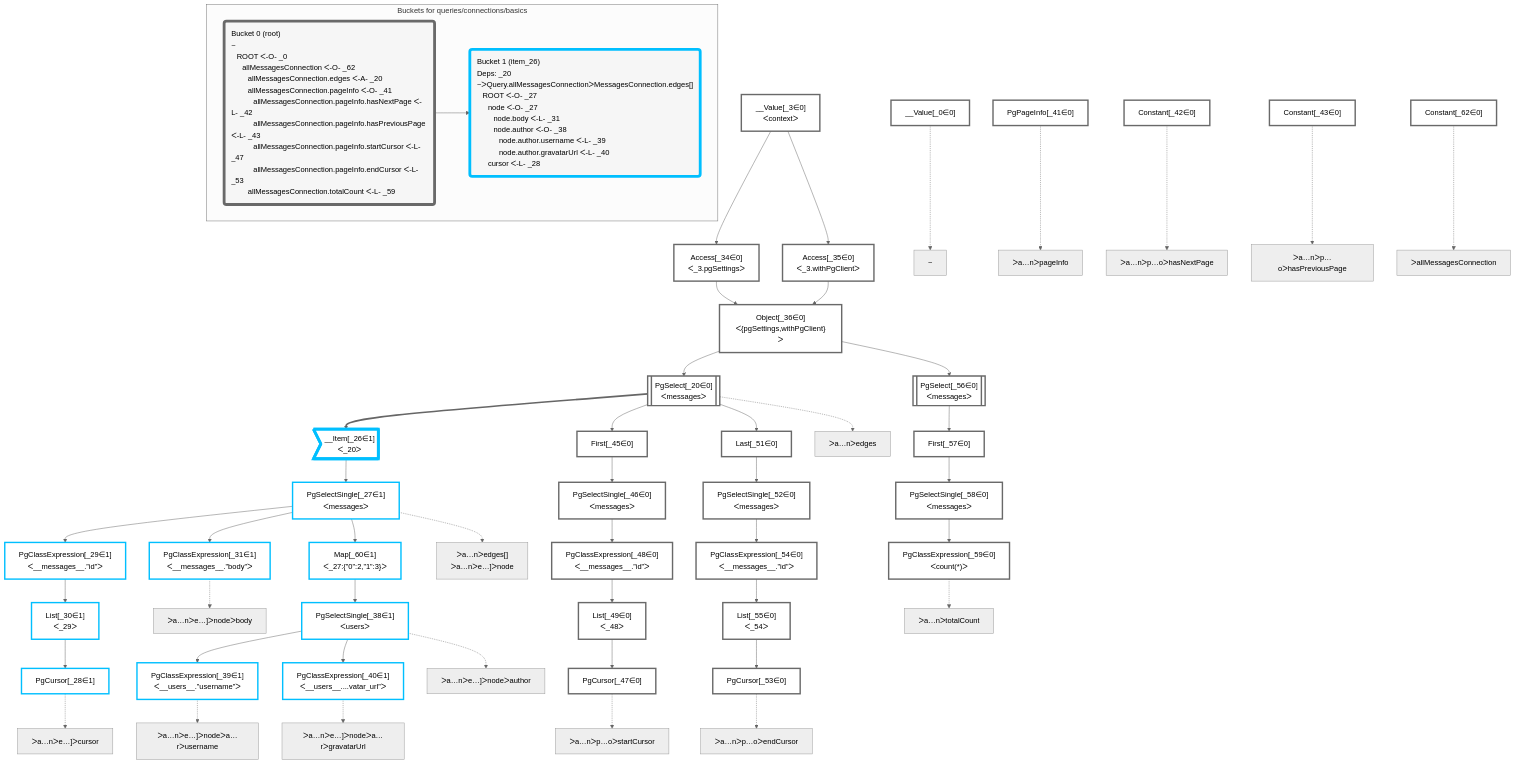
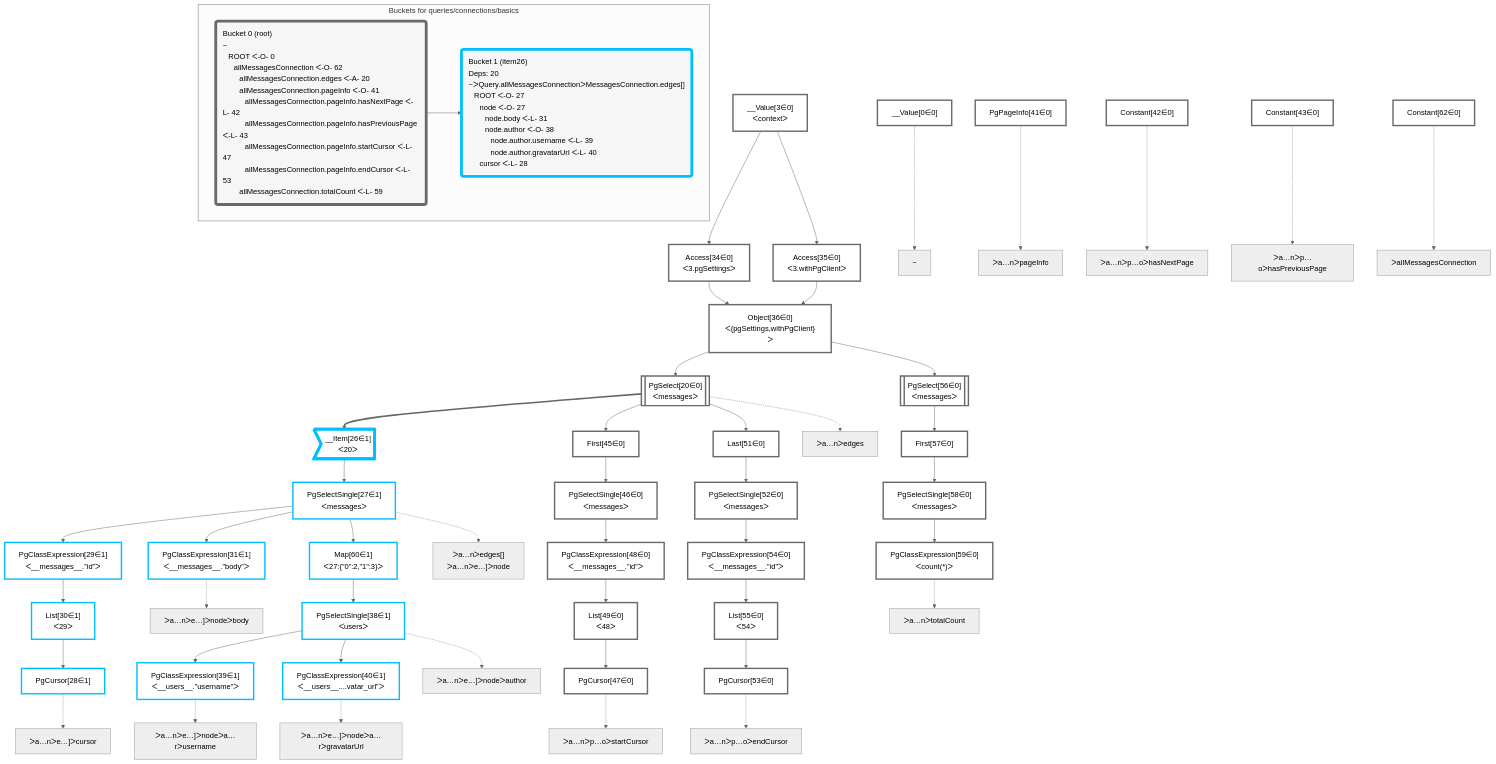
One commit to graphile/crystal changed the diagram in packages/dataplan-pg/__tests__/queries/connections/basics.mermaid.md. Above: the diagram before and after it, drawn with Mermaid (neutral theme). The commit also changed 195 other files, not shown here.

````diff
--- a/packages/dataplan-pg/__tests__/queries/connections/basics.mermaid.md
+++ b/packages/dataplan-pg/__tests__/queries/connections/basics.mermaid.md
@@ -8,110 +8,110 @@
 
 
     %% define plans
-    __Value_0["__Value[_0∈0]"]:::plan
-    PgCursor_28["PgCursor[_28∈1]"]:::plan
-    List_30["List[_30∈1]<br />ᐸ_29ᐳ"]:::plan
-    PgClassExpression_29["PgClassExpression[_29∈1]<br />ᐸ__messages__.”id”ᐳ"]:::plan
-    PgClassExpression_31["PgClassExpression[_31∈1]<br />ᐸ__messages__.”body”ᐳ"]:::plan
-    PgClassExpression_39["PgClassExpression[_39∈1]<br />ᐸ__users__.”username”ᐳ"]:::plan
-    PgClassExpression_40["PgClassExpression[_40∈1]<br />ᐸ__users__....vatar_url”ᐳ"]:::plan
-    PgSelectSingle_38["PgSelectSingle[_38∈1]<br />ᐸusersᐳ"]:::plan
-    Map_60["Map[_60∈1]<br />ᐸ_27:{”0”:2,”1”:3}ᐳ"]:::plan
-    PgSelectSingle_27["PgSelectSingle[_27∈1]<br />ᐸmessagesᐳ"]:::plan
-    __Item_26>"__Item[_26∈1]<br />ᐸ_20ᐳ"]:::itemplan
-    PgCursor_47["PgCursor[_47∈0]"]:::plan
-    List_49["List[_49∈0]<br />ᐸ_48ᐳ"]:::plan
-    PgClassExpression_48["PgClassExpression[_48∈0]<br />ᐸ__messages__.”id”ᐳ"]:::plan
-    PgSelectSingle_46["PgSelectSingle[_46∈0]<br />ᐸmessagesᐳ"]:::plan
-    First_45["First[_45∈0]"]:::plan
-    PgCursor_53["PgCursor[_53∈0]"]:::plan
-    List_55["List[_55∈0]<br />ᐸ_54ᐳ"]:::plan
-    PgClassExpression_54["PgClassExpression[_54∈0]<br />ᐸ__messages__.”id”ᐳ"]:::plan
-    PgSelectSingle_52["PgSelectSingle[_52∈0]<br />ᐸmessagesᐳ"]:::plan
-    Last_51["Last[_51∈0]"]:::plan
-    PgSelect_20[["PgSelect[_20∈0]<br />ᐸmessagesᐳ"]]:::plan
-    PgClassExpression_59["PgClassExpression[_59∈0]<br />ᐸcount(*)ᐳ"]:::plan
-    PgSelectSingle_58["PgSelectSingle[_58∈0]<br />ᐸmessagesᐳ"]:::plan
-    First_57["First[_57∈0]"]:::plan
-    PgSelect_56[["PgSelect[_56∈0]<br />ᐸmessagesᐳ"]]:::plan
-    Object_36["Object[_36∈0]<br />ᐸ{pgSettings,withPgClient}ᐳ"]:::plan
-    Access_34["Access[_34∈0]<br />ᐸ_3.pgSettingsᐳ"]:::plan
-    Access_35["Access[_35∈0]<br />ᐸ_3.withPgClientᐳ"]:::plan
-    __Value_3["__Value[_3∈0]<br />ᐸcontextᐳ"]:::plan
-    Constant_62["Constant[_62∈0]"]:::plan
-    PgPageInfo_41["PgPageInfo[_41∈0]"]:::plan
-    Constant_42["Constant[_42∈0]"]:::plan
-    Constant_43["Constant[_43∈0]"]:::plan
+    __Value0["__Value[0∈0]"]:::plan
+    PgCursor28["PgCursor[28∈1]"]:::plan
+    List30["List[30∈1]<br />ᐸ29ᐳ"]:::plan
+    PgClassExpression29["PgClassExpression[29∈1]<br />ᐸ__messages__.”id”ᐳ"]:::plan
+    PgClassExpression31["PgClassExpression[31∈1]<br />ᐸ__messages__.”body”ᐳ"]:::plan
+    PgClassExpression39["PgClassExpression[39∈1]<br />ᐸ__users__.”username”ᐳ"]:::plan
+    PgClassExpression40["PgClassExpression[40∈1]<br />ᐸ__users__....vatar_url”ᐳ"]:::plan
+    PgSelectSingle38["PgSelectSingle[38∈1]<br />ᐸusersᐳ"]:::plan
+    Map60["Map[60∈1]<br />ᐸ27:{”0”:2,”1”:3}ᐳ"]:::plan
+    PgSelectSingle27["PgSelectSingle[27∈1]<br />ᐸmessagesᐳ"]:::plan
+    __Item26>"__Item[26∈1]<br />ᐸ20ᐳ"]:::itemplan
+    PgCursor47["PgCursor[47∈0]"]:::plan
+    List49["List[49∈0]<br />ᐸ48ᐳ"]:::plan
+    PgClassExpression48["PgClassExpression[48∈0]<br />ᐸ__messages__.”id”ᐳ"]:::plan
+    PgSelectSingle46["PgSelectSingle[46∈0]<br />ᐸmessagesᐳ"]:::plan
+    First45["First[45∈0]"]:::plan
+    PgCursor53["PgCursor[53∈0]"]:::plan
+    List55["List[55∈0]<br />ᐸ54ᐳ"]:::plan
+    PgClassExpression54["PgClassExpression[54∈0]<br />ᐸ__messages__.”id”ᐳ"]:::plan
+    PgSelectSingle52["PgSelectSingle[52∈0]<br />ᐸmessagesᐳ"]:::plan
+    Last51["Last[51∈0]"]:::plan
+    PgSelect20[["PgSelect[20∈0]<br />ᐸmessagesᐳ"]]:::plan
+    PgClassExpression59["PgClassExpression[59∈0]<br />ᐸcount(*)ᐳ"]:::plan
+    PgSelectSingle58["PgSelectSingle[58∈0]<br />ᐸmessagesᐳ"]:::plan
+    First57["First[57∈0]"]:::plan
+    PgSelect56[["PgSelect[56∈0]<br />ᐸmessagesᐳ"]]:::plan
+    Object36["Object[36∈0]<br />ᐸ{pgSettings,withPgClient}ᐳ"]:::plan
+    Access34["Access[34∈0]<br />ᐸ3.pgSettingsᐳ"]:::plan
+    Access35["Access[35∈0]<br />ᐸ3.withPgClientᐳ"]:::plan
+    __Value3["__Value[3∈0]<br />ᐸcontextᐳ"]:::plan
+    Constant62["Constant[62∈0]"]:::plan
+    PgPageInfo41["PgPageInfo[41∈0]"]:::plan
+    Constant42["Constant[42∈0]"]:::plan
+    Constant43["Constant[43∈0]"]:::plan
 
     %% plan dependencies
-    List_30 --> PgCursor_28
-    PgClassExpression_29 --> List_30
-    PgSelectSingle_27 --> PgClassExpression_29
-    PgSelectSingle_27 --> PgClassExpression_31
-    PgSelectSingle_38 --> PgClassExpression_39
-    PgSelectSingle_38 --> PgClassExpression_40
-    Map_60 --> PgSelectSingle_38
-    PgSelectSingle_27 --> Map_60
-    __Item_26 --> PgSelectSingle_27
-    PgSelect_20 ==> __Item_26
-    List_49 --> PgCursor_47
-    PgClassExpression_48 --> List_49
-    PgSelectSingle_46 --> PgClassExpression_48
-    First_45 --> PgSelectSingle_46
-    PgSelect_20 --> First_45
-    List_55 --> PgCursor_53
-    PgClassExpression_54 --> List_55
-    PgSelectSingle_52 --> PgClassExpression_54
-    Last_51 --> PgSelectSingle_52
-    PgSelect_20 --> Last_51
-    Object_36 --> PgSelect_20
-    PgSelectSingle_58 --> PgClassExpression_59
-    First_57 --> PgSelectSingle_58
-    PgSelect_56 --> First_57
-    Object_36 --> PgSelect_56
-    Access_34 & Access_35 --> Object_36
-    __Value_3 --> Access_34
-    __Value_3 --> Access_35
+    List30 --> PgCursor28
+    PgClassExpression29 --> List30
+    PgSelectSingle27 --> PgClassExpression29
+    PgSelectSingle27 --> PgClassExpression31
+    PgSelectSingle38 --> PgClassExpression39
+    PgSelectSingle38 --> PgClassExpression40
+    Map60 --> PgSelectSingle38
+    PgSelectSingle27 --> Map60
+    __Item26 --> PgSelectSingle27
+    PgSelect20 ==> __Item26
+    List49 --> PgCursor47
+    PgClassExpression48 --> List49
+    PgSelectSingle46 --> PgClassExpression48
+    First45 --> PgSelectSingle46
+    PgSelect20 --> First45
+    List55 --> PgCursor53
+    PgClassExpression54 --> List55
+    PgSelectSingle52 --> PgClassExpression54
+    Last51 --> PgSelectSingle52
+    PgSelect20 --> Last51
+    Object36 --> PgSelect20
+    PgSelectSingle58 --> PgClassExpression59
+    First57 --> PgSelectSingle58
+    PgSelect56 --> First57
+    Object36 --> PgSelect56
+    Access34 & Access35 --> Object36
+    __Value3 --> Access34
+    __Value3 --> Access35
 
     %% plan-to-path relationships
-    P_0["~"]
-    __Value_0 -.-> P_0
-    P_20["ᐳa…nᐳedges"]
-    PgSelect_20 -.-> P_20
-    P_27["ᐳa…nᐳedges[]<br />ᐳa…nᐳe…]ᐳnode"]
-    PgSelectSingle_27 -.-> P_27
-    P_28["ᐳa…nᐳe…]ᐳcursor"]
-    PgCursor_28 -.-> P_28
-    P_31["ᐳa…nᐳe…]ᐳnodeᐳbody"]
-    PgClassExpression_31 -.-> P_31
-    P_38["ᐳa…nᐳe…]ᐳnodeᐳauthor"]
-    PgSelectSingle_38 -.-> P_38
-    P_39["ᐳa…nᐳe…]ᐳnodeᐳa…rᐳusername"]
-    PgClassExpression_39 -.-> P_39
-    P_40["ᐳa…nᐳe…]ᐳnodeᐳa…rᐳgravatarUrl"]
-    PgClassExpression_40 -.-> P_40
-    P_41["ᐳa…nᐳpageInfo"]
-    PgPageInfo_41 -.-> P_41
-    P_42["ᐳa…nᐳp…oᐳhasNextPage"]
-    Constant_42 -.-> P_42
-    P_43["ᐳa…nᐳp…oᐳhasPreviousPage"]
-    Constant_43 -.-> P_43
-    P_47["ᐳa…nᐳp…oᐳstartCursor"]
-    PgCursor_47 -.-> P_47
-    P_53["ᐳa…nᐳp…oᐳendCursor"]
-    PgCursor_53 -.-> P_53
-    P_59["ᐳa…nᐳtotalCount"]
-    PgClassExpression_59 -.-> P_59
-    P_62["ᐳallMessagesConnection"]
-    Constant_62 -.-> P_62
+    P0["~"]
+    __Value0 -.-> P0
+    P20["ᐳa…nᐳedges"]
+    PgSelect20 -.-> P20
+    P27["ᐳa…nᐳedges[]<br />ᐳa…nᐳe…]ᐳnode"]
+    PgSelectSingle27 -.-> P27
+    P28["ᐳa…nᐳe…]ᐳcursor"]
+    PgCursor28 -.-> P28
+    P31["ᐳa…nᐳe…]ᐳnodeᐳbody"]
+    PgClassExpression31 -.-> P31
+    P38["ᐳa…nᐳe…]ᐳnodeᐳauthor"]
+    PgSelectSingle38 -.-> P38
+    P39["ᐳa…nᐳe…]ᐳnodeᐳa…rᐳusername"]
+    PgClassExpression39 -.-> P39
+    P40["ᐳa…nᐳe…]ᐳnodeᐳa…rᐳgravatarUrl"]
+    PgClassExpression40 -.-> P40
+    P41["ᐳa…nᐳpageInfo"]
+    PgPageInfo41 -.-> P41
+    P42["ᐳa…nᐳp…oᐳhasNextPage"]
+    Constant42 -.-> P42
+    P43["ᐳa…nᐳp…oᐳhasPreviousPage"]
+    Constant43 -.-> P43
+    P47["ᐳa…nᐳp…oᐳstartCursor"]
+    PgCursor47 -.-> P47
+    P53["ᐳa…nᐳp…oᐳendCursor"]
+    PgCursor53 -.-> P53
+    P59["ᐳa…nᐳtotalCount"]
+    PgClassExpression59 -.-> P59
+    P62["ᐳallMessagesConnection"]
+    Constant62 -.-> P62
 
     subgraph "Buckets for queries/connections/basics"
-    Bucket0("Bucket 0 (root)<br />~<br />⠀ROOT ᐸ-O- _0<br />⠀⠀allMessagesConnection ᐸ-O- _62<br />⠀⠀⠀allMessagesConnection.edges ᐸ-A- _20<br />⠀⠀⠀allMessagesConnection.pageInfo ᐸ-O- _41<br />⠀⠀⠀⠀allMessagesConnection.pageInfo.hasNextPage ᐸ-L- _42<br />⠀⠀⠀⠀allMessagesConnection.pageInfo.hasPreviousPage ᐸ-L- _43<br />⠀⠀⠀⠀allMessagesConnection.pageInfo.startCursor ᐸ-L- _47<br />⠀⠀⠀⠀allMessagesConnection.pageInfo.endCursor ᐸ-L- _53<br />⠀⠀⠀allMessagesConnection.totalCount ᐸ-L- _59"):::bucket
+    Bucket0("Bucket 0 (root)<br />~<br />⠀ROOT ᐸ-O- 0<br />⠀⠀allMessagesConnection ᐸ-O- 62<br />⠀⠀⠀allMessagesConnection.edges ᐸ-A- 20<br />⠀⠀⠀allMessagesConnection.pageInfo ᐸ-O- 41<br />⠀⠀⠀⠀allMessagesConnection.pageInfo.hasNextPage ᐸ-L- 42<br />⠀⠀⠀⠀allMessagesConnection.pageInfo.hasPreviousPage ᐸ-L- 43<br />⠀⠀⠀⠀allMessagesConnection.pageInfo.startCursor ᐸ-L- 47<br />⠀⠀⠀⠀allMessagesConnection.pageInfo.endCursor ᐸ-L- 53<br />⠀⠀⠀allMessagesConnection.totalCount ᐸ-L- 59"):::bucket
     classDef bucket0 stroke:#696969
-    class Bucket0,__Value_0,__Value_3,PgSelect_20,Access_34,Access_35,Object_36,PgPageInfo_41,Constant_42,Constant_43,First_45,PgSelectSingle_46,PgCursor_47,PgClassExpression_48,List_49,Last_51,PgSelectSingle_52,PgCursor_53,PgClassExpression_54,List_55,PgSelect_56,First_57,PgSelectSingle_58,PgClassExpression_59,Constant_62 bucket0
-    Bucket1("Bucket 1 (item_26)<br />Deps: _20<br />~ᐳQuery.allMessagesConnectionᐳMessagesConnection.edges[]<br />⠀ROOT ᐸ-O- _27<br />⠀⠀node ᐸ-O- _27<br />⠀⠀⠀node.body ᐸ-L- _31<br />⠀⠀⠀node.author ᐸ-O- _38<br />⠀⠀⠀⠀node.author.username ᐸ-L- _39<br />⠀⠀⠀⠀node.author.gravatarUrl ᐸ-L- _40<br />⠀⠀cursor ᐸ-L- _28"):::bucket
+    class Bucket0,__Value0,__Value3,PgSelect20,Access34,Access35,Object36,PgPageInfo41,Constant42,Constant43,First45,PgSelectSingle46,PgCursor47,PgClassExpression48,List49,Last51,PgSelectSingle52,PgCursor53,PgClassExpression54,List55,PgSelect56,First57,PgSelectSingle58,PgClassExpression59,Constant62 bucket0
+    Bucket1("Bucket 1 (item26)<br />Deps: 20<br />~ᐳQuery.allMessagesConnectionᐳMessagesConnection.edges[]<br />⠀ROOT ᐸ-O- 27<br />⠀⠀node ᐸ-O- 27<br />⠀⠀⠀node.body ᐸ-L- 31<br />⠀⠀⠀node.author ᐸ-O- 38<br />⠀⠀⠀⠀node.author.username ᐸ-L- 39<br />⠀⠀⠀⠀node.author.gravatarUrl ᐸ-L- 40<br />⠀⠀cursor ᐸ-L- 28"):::bucket
     classDef bucket1 stroke:#00bfff
-    class Bucket1,__Item_26,PgSelectSingle_27,PgCursor_28,PgClassExpression_29,List_30,PgClassExpression_31,PgSelectSingle_38,PgClassExpression_39,PgClassExpression_40,Map_60 bucket1
+    class Bucket1,__Item26,PgSelectSingle27,PgCursor28,PgClassExpression29,List30,PgClassExpression31,PgSelectSingle38,PgClassExpression39,PgClassExpression40,Map60 bucket1
     Bucket0 --> Bucket1
     end
 ```
````
